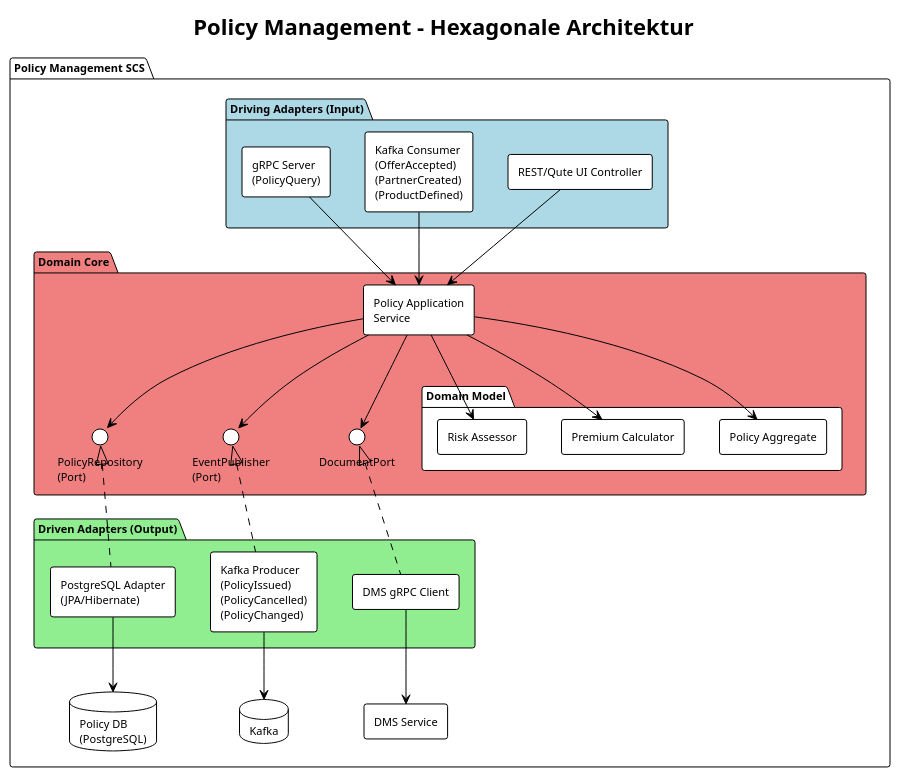
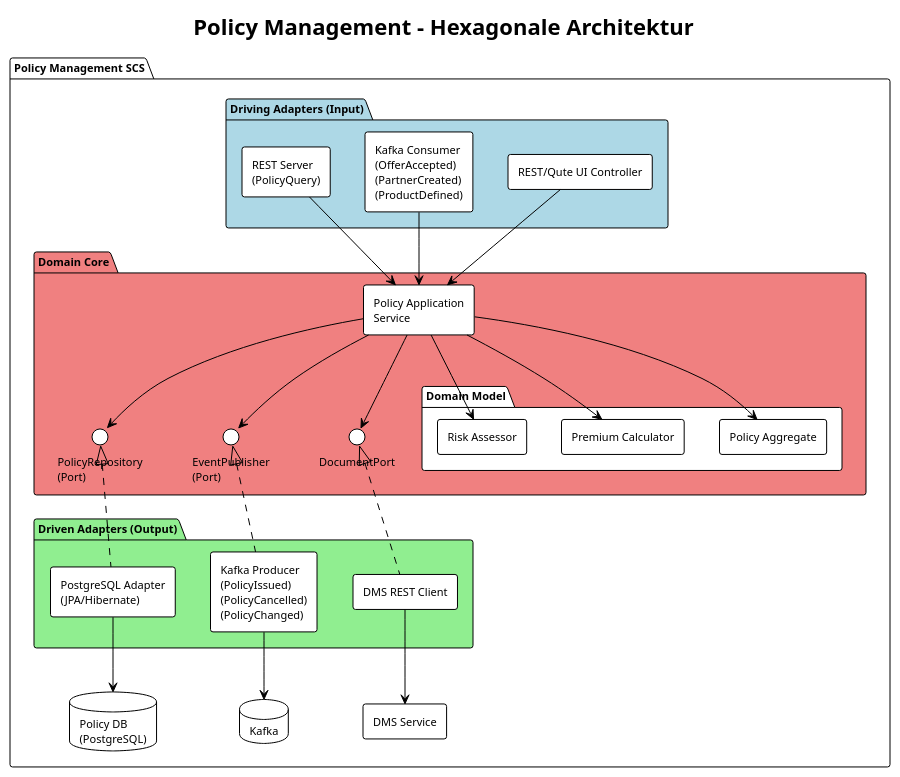
One commit to LukasW/datamesh changed the fifth of 13 diagrams in specs/arc42.md. Above: the diagram before and after it, drawn with PlantUML. The commit also changed other lines of this file and 77 other files, not shown here.

````diff
--- a/specs/arc42.md
+++ b/specs/arc42.md
@@ -312,60 +312,60 @@
 ```plantuml
 @startuml baustein-policy
 !theme plain
 skinparam defaultFontSize 11
 skinparam componentStyle rectangle
 
 title Policy Management – Hexagonale Architektur
 
 package "Policy Management SCS" {
 
   package "Driving Adapters (Input)" #LightBlue {
     [REST/Qute UI Controller] as UI
     [Kafka Consumer\n(OfferAccepted)\n(PartnerCreated)\n(ProductDefined)] as KCONS
-    [gRPC Server\n(PolicyQuery)] as GRPC_IN
+    [REST Server\n(PolicyQuery)] as REST_IN
   }
 
   package "Domain Core" #LightCoral {
     [Policy Application\nService] as APP
     package "Domain Model" {
       [Policy Aggregate] as POL_AGG
       [Premium Calculator] as PREM
       [Risk Assessor] as RISK
     }
     interface "PolicyRepository\n(Port)" as REPO_PORT
     interface "EventPublisher\n(Port)" as EVENT_PORT
     interface "DocumentPort" as DOC_PORT
   }
 
   package "Driven Adapters (Output)" #LightGreen {
     [PostgreSQL Adapter\n(JPA/Hibernate)] as DB_ADAPT
     [Kafka Producer\n(PolicyIssued)\n(PolicyCancelled)\n(PolicyChanged)] as KPROD
-    [DMS gRPC Client] as DMS_ADAPT
+    [DMS REST Client] as DMS_ADAPT
   }
 
   database "Policy DB\n(PostgreSQL)" as POLDB
   database "Kafka" as KAFKA
   component "DMS Service" as DMS
 }
 
 UI --> APP
 KCONS --> APP
-GRPC_IN --> APP
+REST_IN --> APP
 
 APP --> POL_AGG
 APP --> PREM
 APP --> RISK
 APP --> REPO_PORT
 APP --> EVENT_PORT
 APP --> DOC_PORT
 
 REPO_PORT <|.. DB_ADAPT
 EVENT_PORT <|.. KPROD
 DOC_PORT <|.. DMS_ADAPT
 
 DB_ADAPT --> POLDB
 KPROD --> KAFKA
 DMS_ADAPT --> DMS
 
 @enduml
 ```
````
